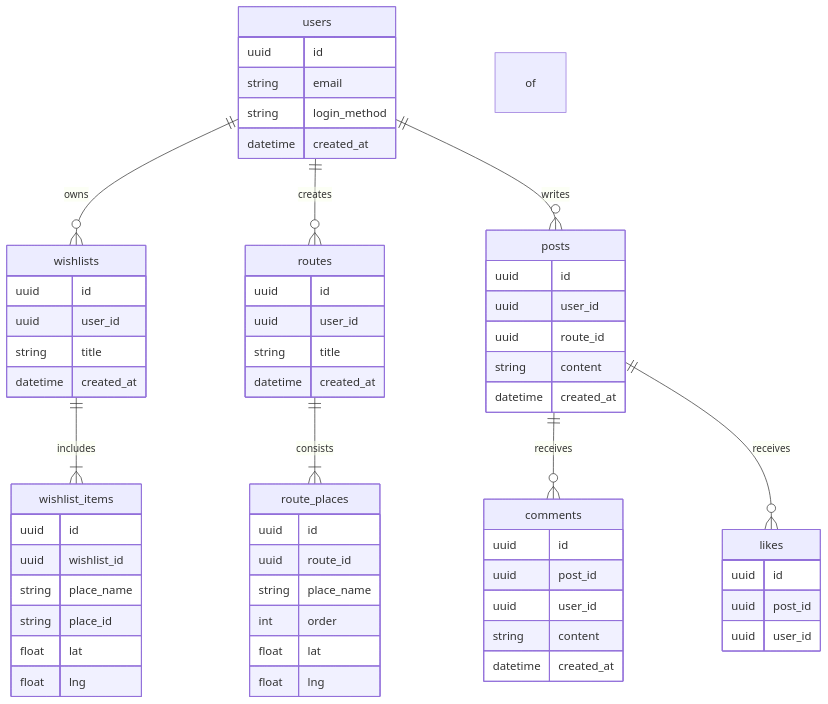
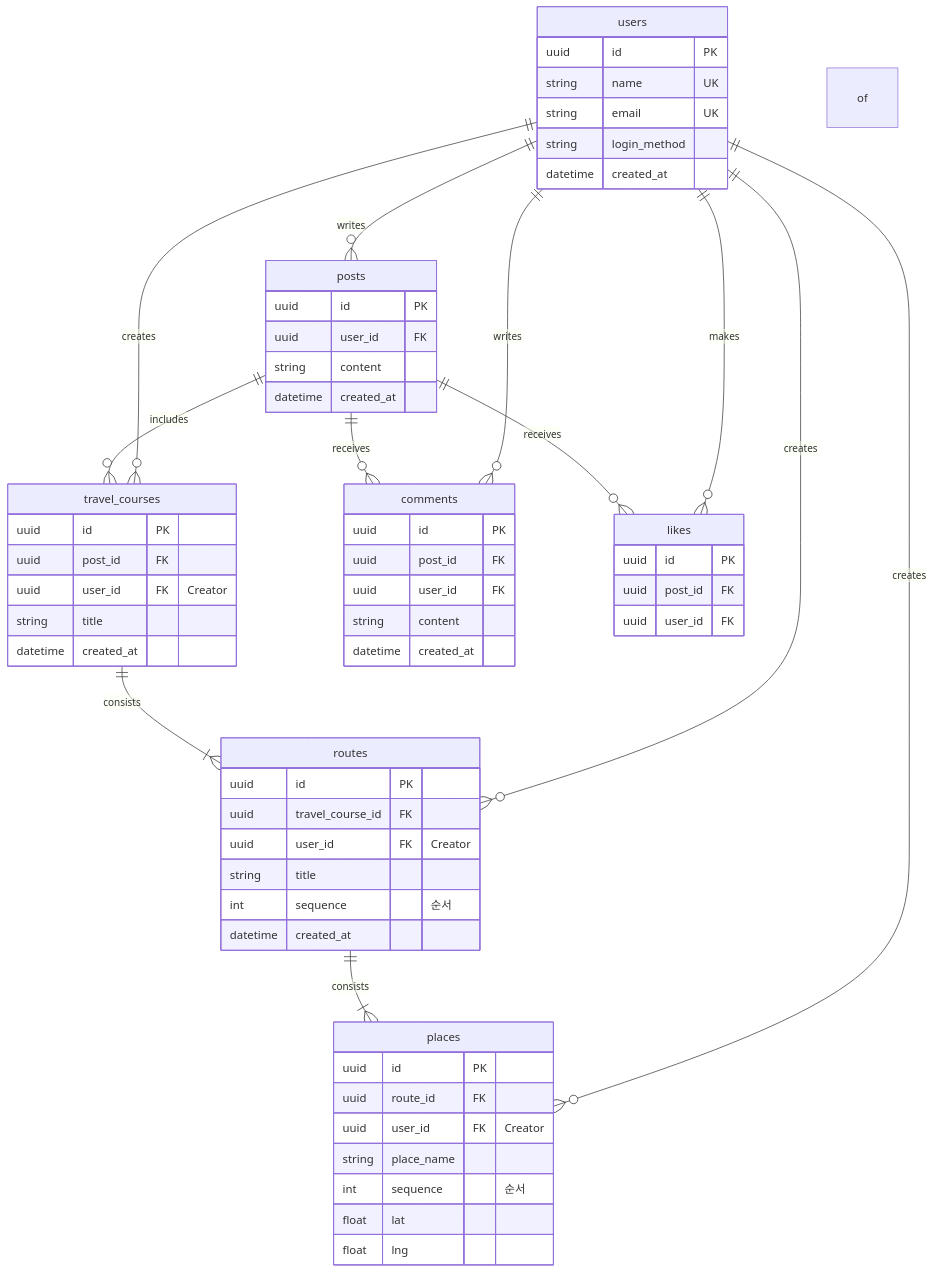
The second of 2 diagrams in SRS.md (snghnl/EatGo), drawn with Mermaid before and after one commit.

Commit message:
refactor: restructure ERD — remove wishlists & introduce travel_courses
- Removed `wishlists` & `wishlist_items` entities
- Renamed `route_places` → `places` and unified under new hierarchy
- Added `travel_courses` entity linked to `posts` (post_id FK) and `users` (user_id FK)
- Changed Posts→Routes FK to Posts→TravelCourses; routes now reference travel_courses
- Added `sequence` columns on `routes` & `places` to capture ordering
- Added direct `user_id` FK on `travel_courses`, `routes`, and `places` to track creators
- Updated relationships:
  `users → posts → travel_courses → routes → places`
  with `users` creating each level and `posts` including travel_courses

````diff
--- a/SRS.md
+++ b/SRS.md
@@ -217,71 +217,72 @@
 ```mermaid
 erDiagram
-    users ||--o{ wishlists : owns
-    users ||--o{ routes : creates
-    users ||--o{ posts : writes
-    wishlists ||--|{ wishlist_items : includes
-    routes ||--|{ route_places : consists of
-    posts ||--o{ comments : receives
-    posts ||--o{ likes : receives
+    users ||--o{ posts           : writes
+    users ||--o{ travel_courses  : creates
+    users ||--o{ routes          : creates
+    users ||--o{ places          : creates
+    users ||--o{ comments        : writes
+    users ||--o{ likes           : makes
+
+    posts ||--o{ travel_courses  : includes
+    posts ||--o{ comments        : receives
+    posts ||--o{ likes           : receives
+
+    travel_courses ||--|{ routes : consists of
+    routes         ||--|{ places : consists of
 
     users {
-        uuid id
-        string email
-        string login_method
+        uuid    id PK
+        string  name UK
+        string  email UK
+        string  login_method
         datetime created_at
     }
 
-    wishlists {
-        uuid id
-        uuid user_id
-        string title
+    posts {
+        uuid    id PK
+        uuid    user_id FK
+        string  content
         datetime created_at
     }
 
-    wishlist_items {
-        uuid id
-        uuid wishlist_id
-        string place_name
-        string place_id
-        float lat
-        float lng
+    travel_courses {
+        uuid    id PK
+        uuid    post_id FK
+        uuid    user_id FK    "Creator"
+        string  title
+        datetime created_at
     }
 
     routes {
-        uuid id
-        uuid user_id
-        string title
+        uuid    id PK
+        uuid    travel_course_id FK
+        uuid    user_id FK    "Creator"
+        string  title
+        int     sequence      "순서"
         datetime created_at
     }
 
-    route_places {
-        uuid id
-        uuid route_id
-        string place_name
-        int order
-        float lat
-        float lng
-    }
-
-    posts {
-        uuid id
-        uuid user_id
-        uuid route_id
-        string content
-        datetime created_at
+    places {
+        uuid    id PK
+        uuid    route_id FK
+        uuid    user_id FK    "Creator"
+        string  place_name
+        int     sequence      "순서"
+        float   lat
+        float   lng
     }
 
     comments {
-        uuid id
-        uuid post_id
-        uuid user_id
-        string content
+        uuid    id PK
+        uuid    post_id FK
+        uuid    user_id FK
+        string  content
         datetime created_at
     }
 
     likes {
-        uuid id
-        uuid post_id
-        uuid user_id
+        uuid    id PK
+        uuid    post_id FK
+        uuid    user_id FK
     }
 ```
````
